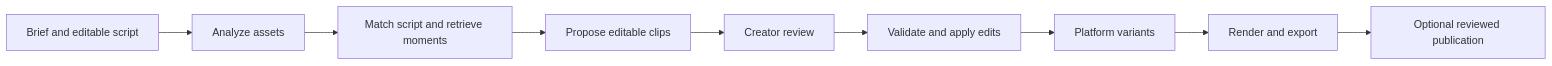
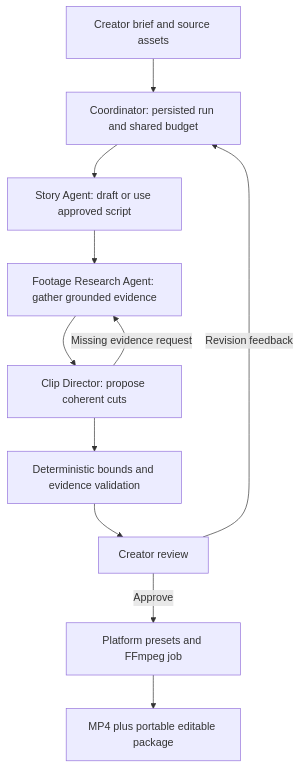
The diagram in docs/agents_and_workflows.md (AtharvK-28/BNB26_InItToWinIt_Internal_Round), drawn with Mermaid before and after one commit. The commit also changed other lines of this file and 13 other files, not shown here.

````diff
--- a/docs/agents_and_workflows.md
+++ b/docs/agents_and_workflows.md
@@ -15,11 +25,13 @@
 ```mermaid
-flowchart LR
-    B[Brief and editable script] --> A[Analyze assets]
-    A --> M[Match script and retrieve moments]
-    M --> P[Propose editable clips]
-    P --> R[Creator review]
-    R --> E[Validate and apply edits]
-    E --> V[Platform variants]
-    V --> X[Render and export]
-    X --> U[Optional reviewed publication]
+flowchart TD
+    B[Creator brief and source assets] --> C[Coordinator: persisted run and shared budget]
+    C --> S[Story Agent: draft or use approved script]
+    S --> R[Footage Research Agent: gather grounded evidence]
+    R --> D[Clip Director: propose coherent cuts]
+    D -->|Missing evidence request| R
+    D --> V[Deterministic bounds and evidence validation]
+    V --> H[Creator review]
+    H -->|Revision feedback| C
+    H -->|Approve| P[Platform presets and FFmpeg job]
+    P --> E[MP4 plus portable editable package]
 ```
````
